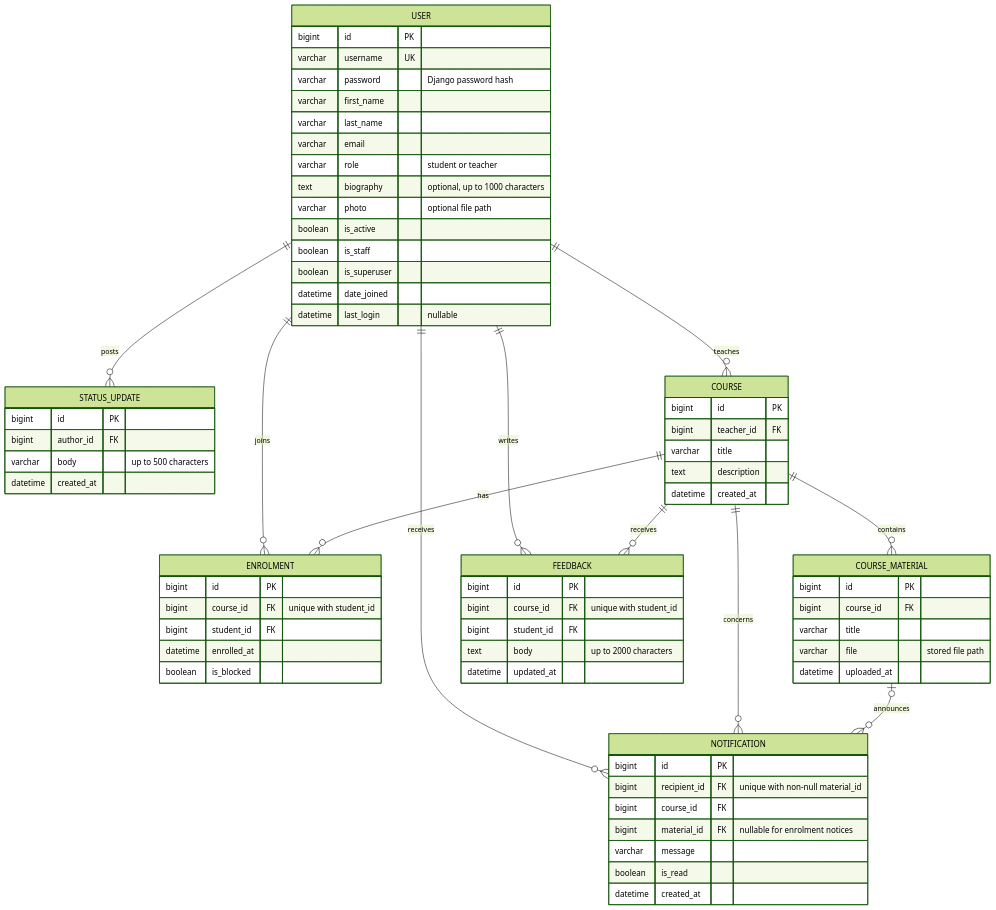
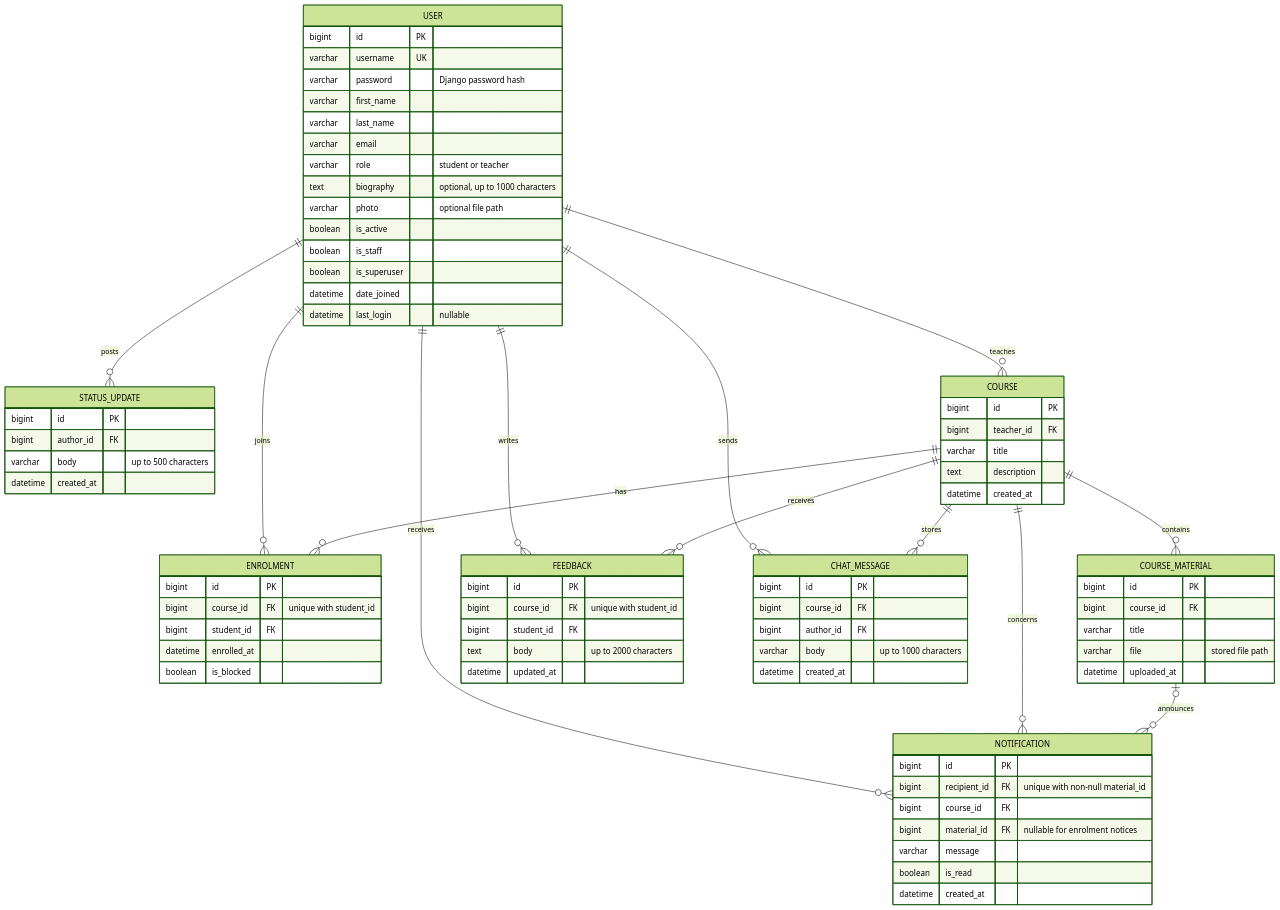
Before and after one commit to edoardolai/studyroom: the diagram in er_diagram.mmd, drawn with Mermaid (forest theme). The commit also changed 2 other files, not shown here.

Commit message:
document course chat and socket checks

```diff
--- a/er_diagram.mmd
+++ b/er_diagram.mmd
@@ -1,70 +1,79 @@
 erDiagram
     USER {
         bigint id PK
         varchar username UK
         varchar password "Django password hash"
         varchar first_name
         varchar last_name
         varchar email
         varchar role "student or teacher"
         text biography "optional, up to 1000 characters"
         varchar photo "optional file path"
         boolean is_active
         boolean is_staff
         boolean is_superuser
         datetime date_joined
         datetime last_login "nullable"
     }
     USER ||--o{ STATUS_UPDATE : posts
     STATUS_UPDATE {
         bigint id PK
         bigint author_id FK
         varchar body "up to 500 characters"
         datetime created_at
     }
     USER ||--o{ COURSE : teaches
     USER ||--o{ ENROLMENT : joins
     COURSE ||--o{ ENROLMENT : has
     COURSE ||--o{ COURSE_MATERIAL : contains
     COURSE {
         bigint id PK
         bigint teacher_id FK
         varchar title
         text description
         datetime created_at
     }
     ENROLMENT {
         bigint id PK
         bigint course_id FK "unique with student_id"
         bigint student_id FK
         datetime enrolled_at
         boolean is_blocked
     }
     COURSE_MATERIAL {
         bigint id PK
         bigint course_id FK
         varchar title
         varchar file "stored file path"
         datetime uploaded_at
     }
     USER ||--o{ FEEDBACK : writes
     COURSE ||--o{ FEEDBACK : receives
     FEEDBACK {
         bigint id PK
         bigint course_id FK "unique with student_id"
         bigint student_id FK
         text body "up to 2000 characters"
         datetime updated_at
     }
     USER ||--o{ NOTIFICATION : receives
     COURSE ||--o{ NOTIFICATION : concerns
     COURSE_MATERIAL |o--o{ NOTIFICATION : announces
     NOTIFICATION {
         bigint id PK
         bigint recipient_id FK "unique with non-null material_id"
         bigint course_id FK
         bigint material_id FK "nullable for enrolment notices"
         varchar message
         boolean is_read
         datetime created_at
     }
+    USER ||--o{ CHAT_MESSAGE : sends
+    COURSE ||--o{ CHAT_MESSAGE : stores
+    CHAT_MESSAGE {
+        bigint id PK
+        bigint course_id FK
+        bigint author_id FK
+        varchar body "up to 1000 characters"
+        datetime created_at
+    }
```
